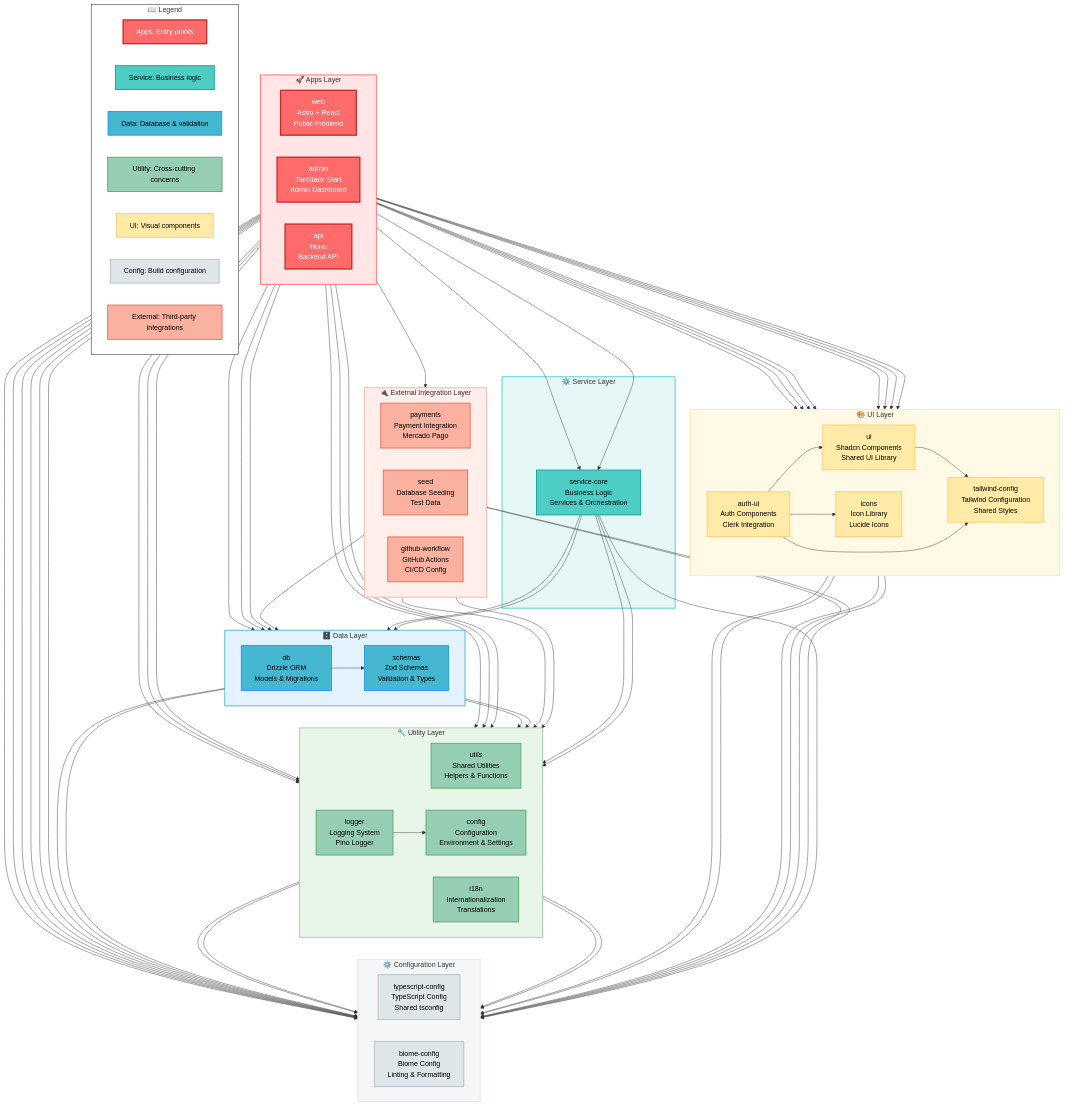
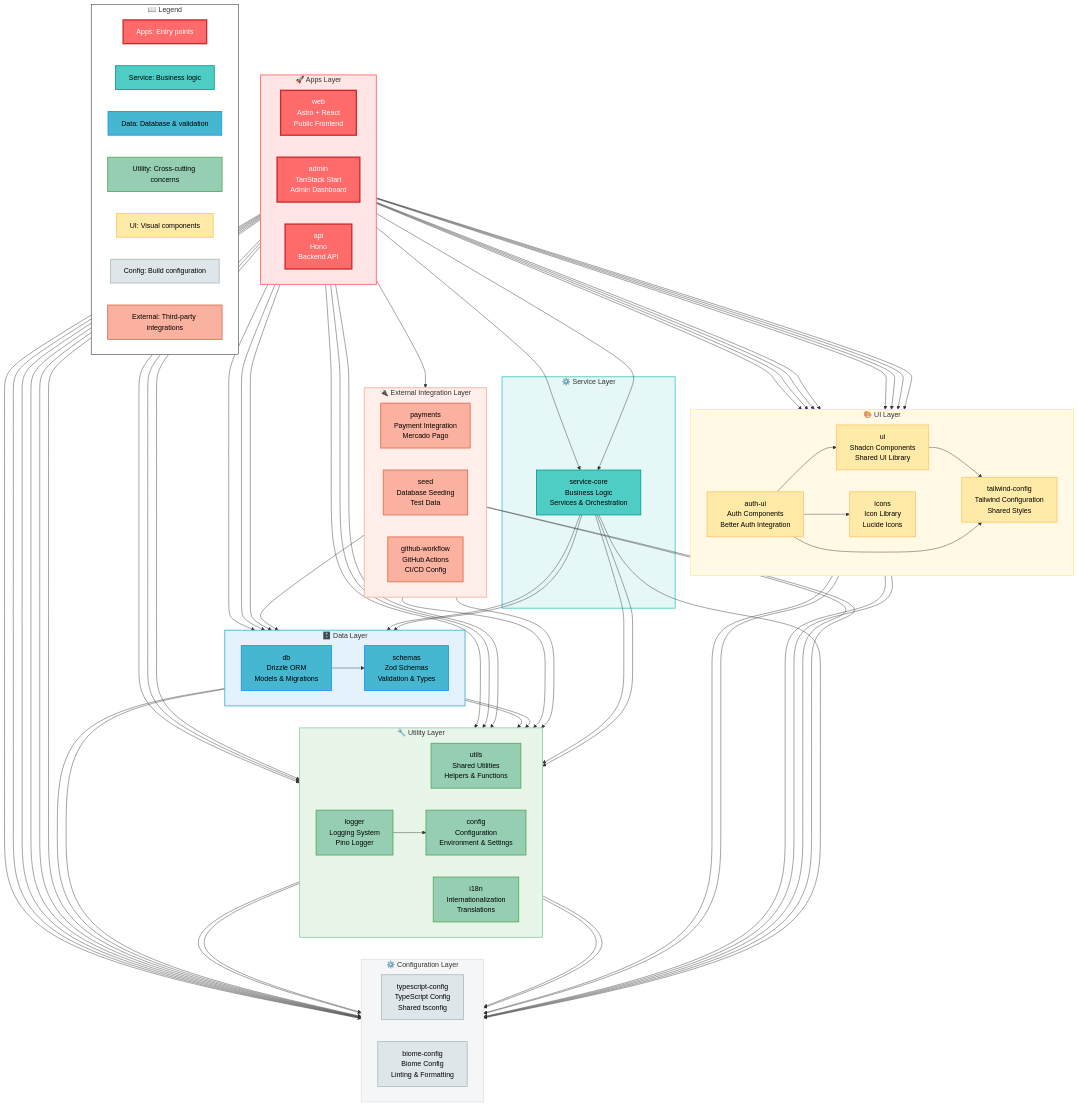
The diagram in docs/diagrams/package-dependencies.mmd (qazuor/hospeda), drawn with Mermaid before and after one commit. The commit also changed 57 other files, not shown here.

```diff
--- a/docs/diagrams/package-dependencies.mmd
+++ b/docs/diagrams/package-dependencies.mmd
@@ -1,185 +1,185 @@
 %% Package Dependencies - Monorepo Dependency Graph
 %% This diagram shows the dependency relationships between all packages and apps
 %% Organized in layers from top (apps) to bottom (external dependencies)
 
 graph TD
     %% Apps Layer (Top)
     subgraph AppsLayer["🚀 Apps Layer"]
         direction LR
         Web[web<br/>Astro + React<br/>Public Frontend]
         Admin[admin<br/>TanStack Start<br/>Admin Dashboard]
         API[api<br/>Hono<br/>Backend API]
     end
 
     %% Service Layer
     subgraph ServiceLayer["⚙️ Service Layer"]
         ServiceCore[service-core<br/>Business Logic<br/>Services & Orchestration]
     end
 
     %% Data Layer
     subgraph DataLayer["🗄️ Data Layer"]
         direction LR
         DB[db<br/>Drizzle ORM<br/>Models & Migrations]
         Schemas[schemas<br/>Zod Schemas<br/>Validation & Types]
     end
 
     %% Utility Layer
     subgraph UtilityLayer["🔧 Utility Layer"]
         direction LR
         Utils[utils<br/>Shared Utilities<br/>Helpers & Functions]
         Logger[logger<br/>Logging System<br/>Pino Logger]
         Config[config<br/>Configuration<br/>Environment & Settings]
         I18n[i18n<br/>Internationalization<br/>Translations]
     end
 
     %% UI Layer
     subgraph UILayer["🎨 UI Layer"]
         direction LR
         UI[ui<br/>Shadcn Components<br/>Shared UI Library]
         Icons[icons<br/>Icon Library<br/>Lucide Icons]
-        AuthUI[auth-ui<br/>Auth Components<br/>Clerk Integration]
+        AuthUI[auth-ui<br/>Auth Components<br/>Better Auth Integration]
         TailwindConfig[tailwind-config<br/>Tailwind Configuration<br/>Shared Styles]
     end
 
     %% Configuration Layer
     subgraph ConfigLayer["⚙️ Configuration Layer"]
         direction LR
         TSConfig[typescript-config<br/>TypeScript Config<br/>Shared tsconfig]
         BiomeConfig[biome-config<br/>Biome Config<br/>Linting & Formatting]
     end
 
     %% External Integration Layer
     subgraph ExternalLayer["🔌 External Integration Layer"]
         direction LR
         Payments[payments<br/>Payment Integration<br/>Mercado Pago]
         Seed[seed<br/>Database Seeding<br/>Test Data]
         GHWorkflow[github-workflow<br/>GitHub Actions<br/>CI/CD Config]
     end
 
     %% App Dependencies
 
     %% Web App Dependencies
     Web --> UI
     Web --> Icons
     Web --> AuthUI
     Web --> Schemas
     Web --> Utils
     Web --> I18n
     Web --> TailwindConfig
     Web --> TSConfig
     Web --> BiomeConfig
 
     %% Admin App Dependencies
     Admin --> UI
     Admin --> Icons
     Admin --> AuthUI
     Admin --> Schemas
     Admin --> Utils
     Admin --> I18n
     Admin --> ServiceCore
     Admin --> TailwindConfig
     Admin --> TSConfig
     Admin --> BiomeConfig
 
     %% API App Dependencies
     API --> ServiceCore
     API --> Schemas
     API --> Logger
     API --> Config
     API --> Payments
     API --> TSConfig
     API --> BiomeConfig
 
     %% Service Layer Dependencies
     ServiceCore --> DB
     ServiceCore --> Schemas
     ServiceCore --> Logger
     ServiceCore --> Utils
     ServiceCore --> TSConfig
 
     %% Data Layer Dependencies
     DB --> Schemas
     DB --> Logger
     DB --> Utils
     DB --> TSConfig
 
     Schemas --> TSConfig
 
     %% Utility Layer Dependencies
     Logger --> Config
     Logger --> TSConfig
 
     Config --> TSConfig
 
     Utils --> TSConfig
 
     I18n --> TSConfig
 
     %% UI Layer Dependencies
     UI --> TailwindConfig
     UI --> TSConfig
     UI --> BiomeConfig
 
     Icons --> TSConfig
 
     AuthUI --> UI
     AuthUI --> Icons
     AuthUI --> TailwindConfig
     AuthUI --> TSConfig
 
     %% External Layer Dependencies
     Payments --> Config
     Payments --> Logger
     Payments --> TSConfig
 
     Seed --> DB
     Seed --> TSConfig
 
     %% Styling
     classDef appsStyle fill:#FF6B6B,stroke:#C92A2A,stroke-width:3px,color:#FFF
     classDef serviceStyle fill:#4ECDC4,stroke:#0E9F95,stroke-width:2px,color:#000
     classDef dataStyle fill:#45B7D1,stroke:#2196F3,stroke-width:2px,color:#000
     classDef utilityStyle fill:#96CEB4,stroke:#5AAB61,stroke-width:2px,color:#000
     classDef uiStyle fill:#FFEAA7,stroke:#FDCB6E,stroke-width:2px,color:#000
     classDef configStyle fill:#DFE6E9,stroke:#B2BEC3,stroke-width:2px,color:#000
     classDef externalStyle fill:#FAB1A0,stroke:#E17055,stroke-width:2px,color:#000
 
     %% Apply Styles
     class Web,Admin,API appsStyle
     class ServiceCore serviceStyle
     class DB,Schemas dataStyle
     class Utils,Logger,Config,I18n utilityStyle
     class UI,Icons,AuthUI,TailwindConfig uiStyle
     class TSConfig,BiomeConfig configStyle
     class Payments,Seed,GHWorkflow externalStyle
 
     %% Layer Styling
     style AppsLayer fill:#FFE5E5,stroke:#FF6B6B,stroke-width:2px
     style ServiceLayer fill:#E5F7F6,stroke:#4ECDC4,stroke-width:2px
     style DataLayer fill:#E3F2FD,stroke:#45B7D1,stroke-width:2px
     style UtilityLayer fill:#E8F5E9,stroke:#96CEB4,stroke-width:2px
     style UILayer fill:#FFF9E6,stroke:#FFEAA7,stroke-width:2px
     style ConfigLayer fill:#F5F6F7,stroke:#DFE6E9,stroke-width:2px
     style ExternalLayer fill:#FFEEE9,stroke:#FAB1A0,stroke-width:2px
 
     %% Legend
     subgraph Legend["📖 Legend"]
         direction LR
         L1[Apps: Entry points]
         L2[Service: Business logic]
         L3[Data: Database & validation]
         L4[Utility: Cross-cutting concerns]
         L5[UI: Visual components]
         L6[Config: Build configuration]
         L7[External: Third-party integrations]
     end
 
     class L1 appsStyle
     class L2 serviceStyle
     class L3 dataStyle
     class L4 utilityStyle
     class L5 uiStyle
     class L6 configStyle
     class L7 externalStyle
 
     style Legend fill:#FFFFFF,stroke:#000000,stroke-width:1px
```
